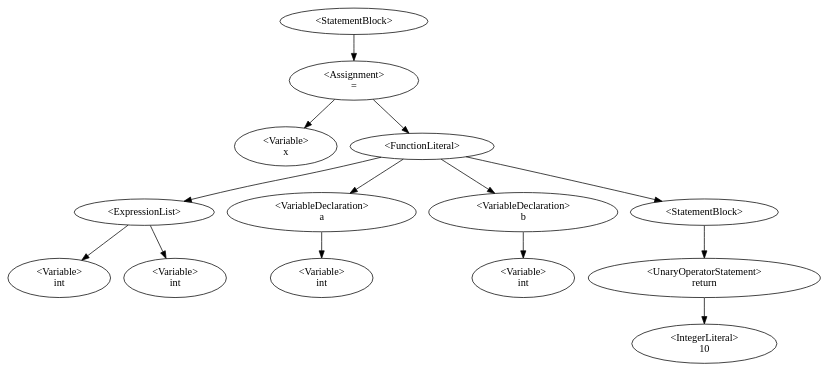
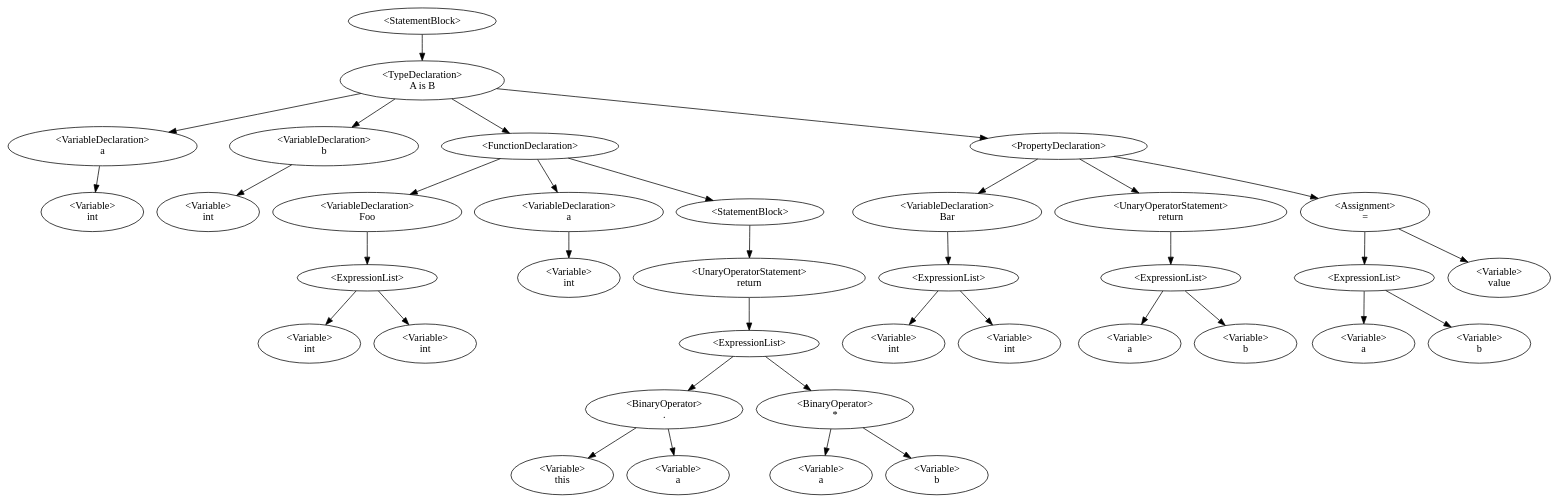
Before and after one commit to QazmoQwerty/dino: the diagram in Dino/Dino/AstDisplay.gv, drawn with Graphviz. The commit also changed 3 other files, not shown here.

```diff
--- a/Dino/Dino/AstDisplay.gv
+++ b/Dino/Dino/AstDisplay.gv
@@ -1,16 +1,38 @@
 digraph G {
-0 [label="<StatementBlock>"];0->2;
-2 [label="<Assignment>\n="];2->1;2->8;
-1 [label="<Variable>\nx"];
-8 [label="<FunctionLiteral>"];8->10;8->4;8->7;8->14;
-10 [label="<ExpressionList>"];10->9;10->11;
-9 [label="<Variable>\nint"];
+0 [label="<StatementBlock>"];0->1;
+1 [label="<TypeDeclaration>\nA is B"];1->3;1->5;1->10;1->26;
+3 [label="<VariableDeclaration>\na"];3->2;
+2 [label="<Variable>\nint"];
+5 [label="<VariableDeclaration>\nb"];5->4;
+4 [label="<Variable>\nint"];
+10 [label="<FunctionDeclaration>\n"];10->9;10->12;10->21;
+9 [label="<VariableDeclaration>\nFoo"];9->7;
+7 [label="<ExpressionList>"];7->6;7->8;
+6 [label="<Variable>\nint"];
+8 [label="<Variable>\nint"];
+12 [label="<VariableDeclaration>\na"];12->11;
 11 [label="<Variable>\nint"];
-4 [label="<VariableDeclaration>\na"];4->3;
-3 [label="<Variable>\nint"];
-7 [label="<VariableDeclaration>\nb"];7->6;
-6 [label="<Variable>\nint"];
-14 [label="<StatementBlock>"];14->12;
-12 [label="<UnaryOperatorStatement>\nreturn"];12->13;
-13 [label="<IntegerLiteral>\n10"];
+21 [label="<StatementBlock>"];21->13;
+13 [label="<UnaryOperatorStatement>\nreturn"];13->17;
+17 [label="<ExpressionList>"];17->15;17->19;
+15 [label="<BinaryOperator>\n."];15->14;15->16;
+14 [label="<Variable>\nthis"];
+16 [label="<Variable>\na"];
+19 [label="<BinaryOperator>\n*"];19->18;19->20;
+18 [label="<Variable>\na"];
+20 [label="<Variable>\nb"];
+26 [label="<PropertyDeclaration>"];26->25;26->27;26->34;
+25 [label="<VariableDeclaration>\nBar"];25->23;
+23 [label="<ExpressionList>"];23->22;23->24;
+22 [label="<Variable>\nint"];
+24 [label="<Variable>\nint"];
+27 [label="<UnaryOperatorStatement>\nreturn"];27->29;
+29 [label="<ExpressionList>"];29->28;29->30;
+28 [label="<Variable>\na"];
+30 [label="<Variable>\nb"];
+34 [label="<Assignment>\n="];34->32;34->35;
+32 [label="<ExpressionList>"];32->31;32->33;
+31 [label="<Variable>\na"];
+33 [label="<Variable>\nb"];
+35 [label="<Variable>\nvalue"];
 }
```
